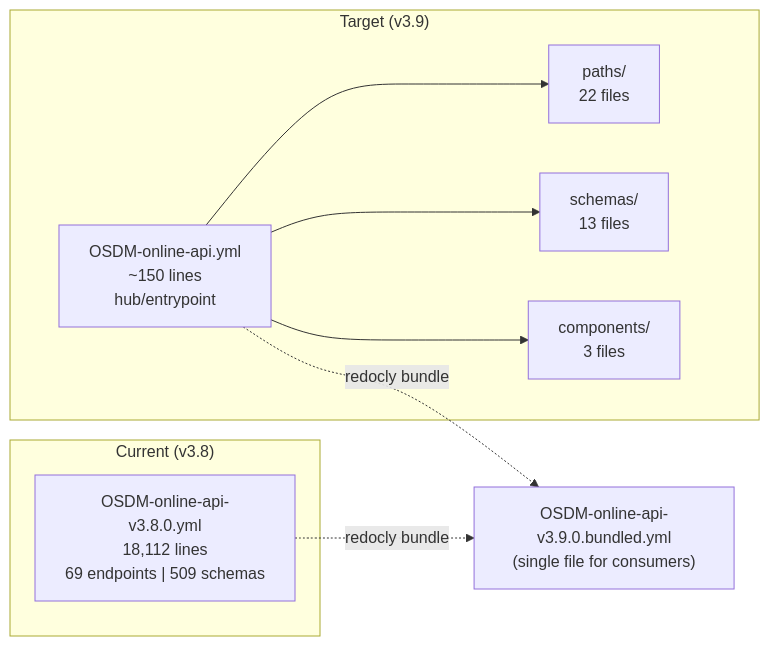
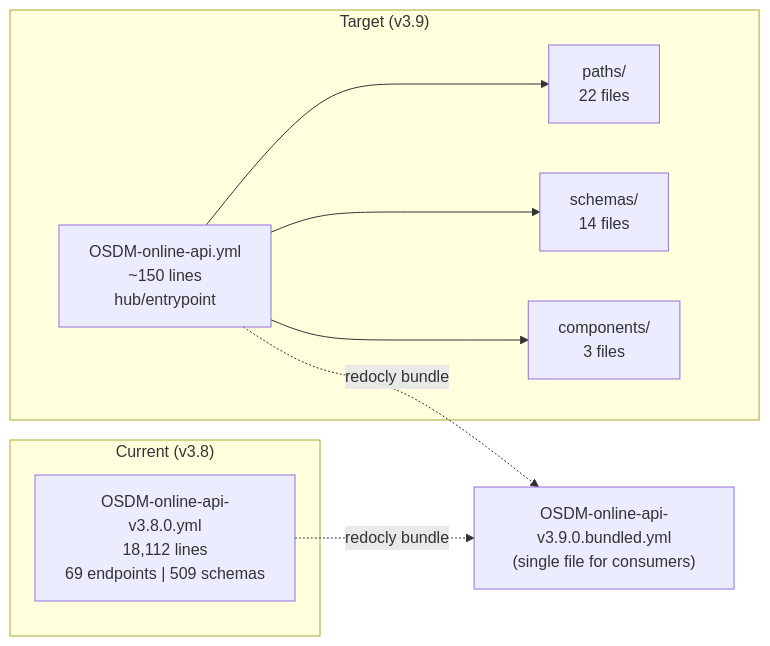
The first of 6 diagrams in specification/v3.9/modularization.md (UnionInternationalCheminsdeFer/OSDM), drawn with Mermaid before and after one commit. The commit also changed other lines of this file and 10 other files, not shown here.

First line of the commit message:
Refactor fare schema references and remove product schema

````diff
--- a/specification/v3.9/modularization.md
+++ b/specification/v3.9/modularization.md
@@ -5,19 +5,19 @@
 ```mermaid
 graph LR
     subgraph "Current (v3.8)"
         MONO["OSDM-online-api-v3.8.0.yml<br/>18,112 lines<br/>69 endpoints | 509 schemas"]
     end
 
     subgraph "Target (v3.9)"
         HUB["OSDM-online-api.yml<br/>~150 lines<br/>hub/entrypoint"]
         P["paths/<br/>22 files"]
-        S["schemas/<br/>13 files"]
+        S["schemas/<br/>14 files"]
         C["components/<br/>3 files"]
         HUB --> P
         HUB --> S
         HUB --> C
     end
 
     MONO -.->|"redocly bundle"| BUNDLED["OSDM-online-api-v3.9.0.bundled.yml<br/>(single file for consumers)"]
     HUB -.->|"redocly bundle"| BUNDLED
 ```
````
